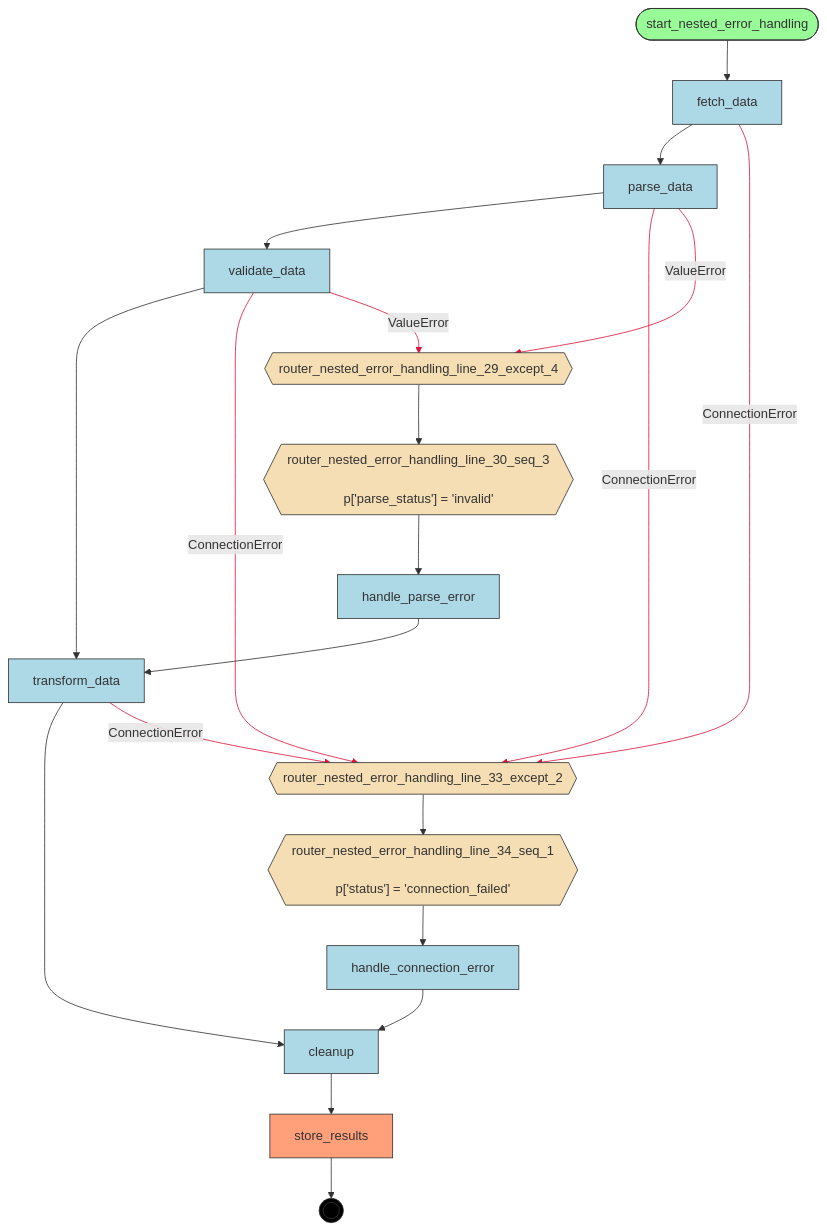
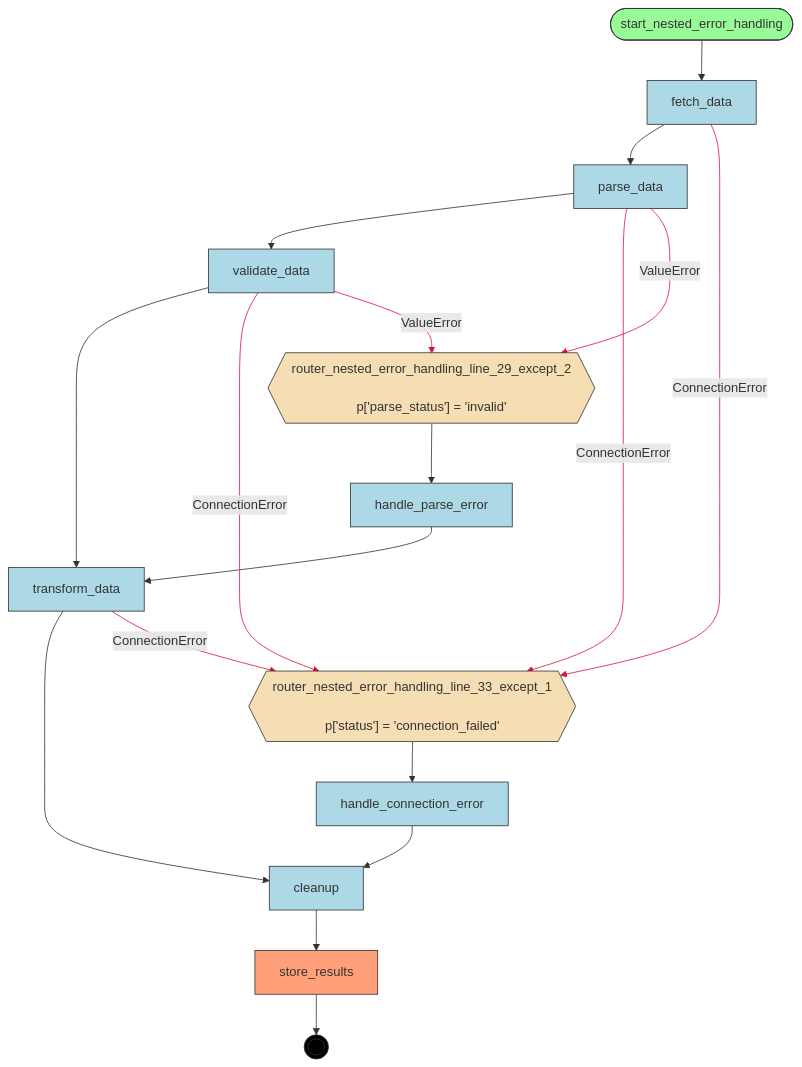
One commit to deliveryhero/asya changed the diagram in examples/flows/compiled/try_except_nested/flow.mmd. Above: the diagram before and after it, drawn with Mermaid. The commit also changed 139 other files, not shown here.

Commit message:
chore: recompile all flows with int/float types in manifests

```diff
--- a/examples/flows/compiled/try_except_nested/flow.mmd
+++ b/examples/flows/compiled/try_except_nested/flow.mmd
@@ -1,49 +1,45 @@
 flowchart TD
     %% Flow: nested_error_handling
 
     cleanup[cleanup]
     fetch_data[fetch_data]
     handle_connection_error[handle_connection_error]
     handle_parse_error[handle_parse_error]
     parse_data[parse_data]
-    router_nested_error_handling_line_29_except_4{{router_nested_error_handling_line_29_except_4}}
-    router_nested_error_handling_line_30_seq_3{{"router_nested_error_handling_line_30_seq_3<br/><br/>p['parse_status'] = 'invalid'"}}
-    router_nested_error_handling_line_33_except_2{{router_nested_error_handling_line_33_except_2}}
-    router_nested_error_handling_line_34_seq_1{{"router_nested_error_handling_line_34_seq_1<br/><br/>p['status'] = 'connection_failed'"}}
+    router_nested_error_handling_line_29_except_2{{"router_nested_error_handling_line_29_except_2<br/><br/>p['parse_status'] = 'invalid'"}}
+    router_nested_error_handling_line_33_except_1{{"router_nested_error_handling_line_33_except_1<br/><br/>p['status'] = 'connection_failed'"}}
     start_nested_error_handling([start_nested_error_handling])
     store_results[store_results]
     transform_data[transform_data]
     validate_data[validate_data]
     __end__((( )))
 
     start_nested_error_handling --> fetch_data
     fetch_data --> parse_data
     parse_data --> validate_data
     validate_data --> transform_data
     transform_data --> cleanup
     cleanup --> store_results
-    router_nested_error_handling_line_34_seq_1 --> handle_connection_error
-    router_nested_error_handling_line_33_except_2 --> router_nested_error_handling_line_34_seq_1
-    router_nested_error_handling_line_30_seq_3 --> handle_parse_error
-    router_nested_error_handling_line_29_except_4 --> router_nested_error_handling_line_30_seq_3
-    fetch_data -->|"ConnectionError"| router_nested_error_handling_line_33_except_2
-    parse_data -->|"ConnectionError"| router_nested_error_handling_line_33_except_2
-    parse_data -->|"ValueError"| router_nested_error_handling_line_29_except_4
-    validate_data -->|"ConnectionError"| router_nested_error_handling_line_33_except_2
-    validate_data -->|"ValueError"| router_nested_error_handling_line_29_except_4
-    transform_data -->|"ConnectionError"| router_nested_error_handling_line_33_except_2
+    router_nested_error_handling_line_33_except_1 --> handle_connection_error
     handle_connection_error --> cleanup
+    router_nested_error_handling_line_29_except_2 --> handle_parse_error
     handle_parse_error --> transform_data
+    fetch_data -->|"ConnectionError"| router_nested_error_handling_line_33_except_1
+    parse_data -->|"ConnectionError"| router_nested_error_handling_line_33_except_1
+    parse_data -->|"ValueError"| router_nested_error_handling_line_29_except_2
+    validate_data -->|"ConnectionError"| router_nested_error_handling_line_33_except_1
+    validate_data -->|"ValueError"| router_nested_error_handling_line_29_except_2
+    transform_data -->|"ConnectionError"| router_nested_error_handling_line_33_except_1
     store_results --> __end__
 
     classDef start fill:#98FB98,stroke:#333
     classDef endnode fill:#FFA07A,stroke:#333
     classDef router fill:#F5DEB3,stroke:#333
     classDef handler fill:#ADD8E6,stroke:#333
     classDef endpoint fill:#000,stroke:#333,color:#fff
     class start_nested_error_handling start
     class store_results endnode
-    class router_nested_error_handling_line_29_except_4,router_nested_error_handling_line_30_seq_3,router_nested_error_handling_line_33_except_2,router_nested_error_handling_line_34_seq_1 router
+    class router_nested_error_handling_line_29_except_2,router_nested_error_handling_line_33_except_1 router
     class cleanup,fetch_data,handle_connection_error,handle_parse_error,parse_data,transform_data,validate_data handler
     class __end__ endpoint
     linkStyle 10,11,12,13,14,15 stroke:#DC143C
```
